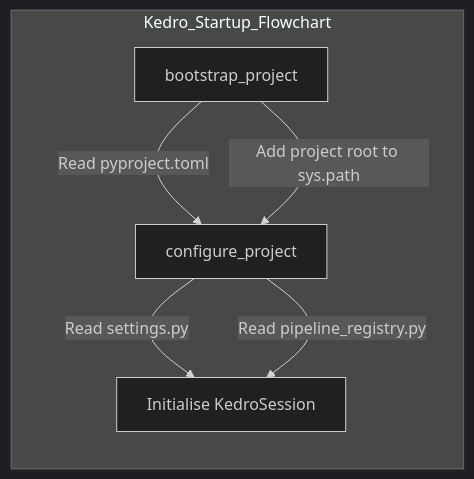
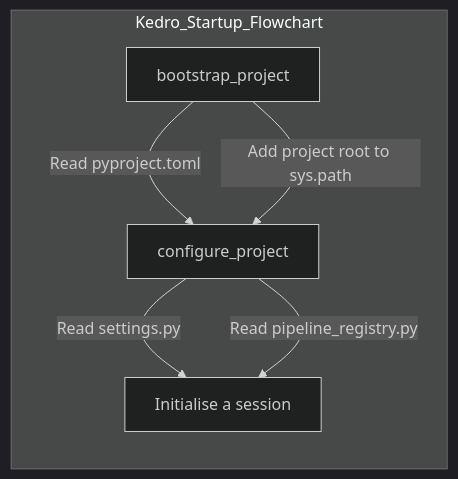
Before and after one commit to kedro-org/kedro: the diagram in docs/extend/session.md, drawn with Mermaid (dark theme). The commit also changed other lines of this file, not shown here.

Commit message:
Minimal docs for KedroServiceSession

````diff
--- a/docs/extend/session.md
+++ b/docs/extend/session.md
@@ -54,10 +106,10 @@
 ```mermaid
 graph LR
   subgraph Kedro_Startup_Flowchart
     A[bootstrap_project] -->|Read pyproject.toml| B
     A -->|Add project root to sys.path| B[configure_project]
-    C[Initialise KedroSession]
+    C[Initialise a session]
     B --> |Read settings.py| C
     B --> |Read pipeline_registry.py| C
   end
 ```
````
